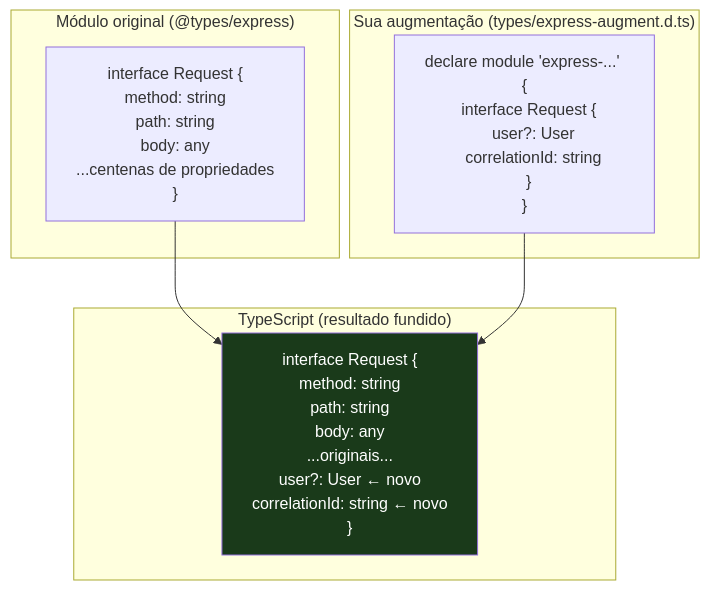
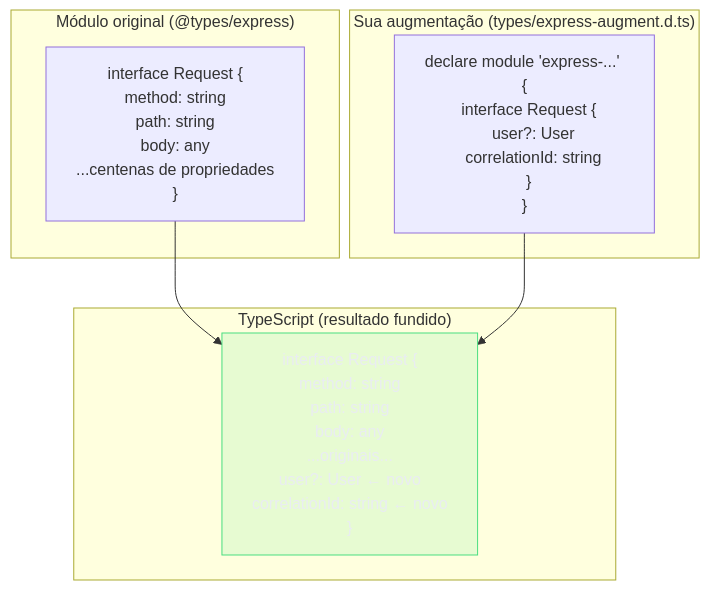
Before and after one commit to josenaldo/codex-technomanticus: the second of 6 diagrams in 03-Dominios/Tecnologia/TypeScript/22 - Declaration files (.d.ts) e o ecossistema de tipos.md, drawn with Mermaid. The commit also changed other lines of this file and 1181 other files, not shown here.

First line of the commit message:
fix(diagramas): paleta do sistema no lugar de cor cravada no markdown

````diff
--- a/03-Dominios/Tecnologia/TypeScript/22 - Declaration files (.d.ts) e o ecossistema de tipos.md
+++ b/03-Dominios/Tecnologia/TypeScript/22 - Declaration files (.d.ts) e o ecossistema de tipos.md
@@ -197,15 +199,16 @@
 ```mermaid
 flowchart TD
+    classDef ok fill:#4ADE8021,stroke:#4ADE80,color:#E9ECF2
     subgraph "Módulo original (@types/express)"
         REQ_ORIG["interface Request {\n  method: string\n  path: string\n  body: any\n  ...centenas de propriedades\n}"]
     end
     subgraph "Sua augmentação (types/express-augment.d.ts)"
         REQ_AUG["declare module 'express-...' {\n  interface Request {\n    user?: User\n    correlationId: string\n  }\n}"]
     end
     subgraph "TypeScript (resultado fundido)"
         REQ_MERGED["interface Request {\n  method: string\n  path: string\n  body: any\n  ...originais...\n  user?: User          ← novo\n  correlationId: string ← novo\n}"]
     end
     REQ_ORIG --> REQ_MERGED
     REQ_AUG --> REQ_MERGED
-    style REQ_MERGED fill:#1a3a1a,color:#fff
+    class REQ_MERGED ok
 ```
````
